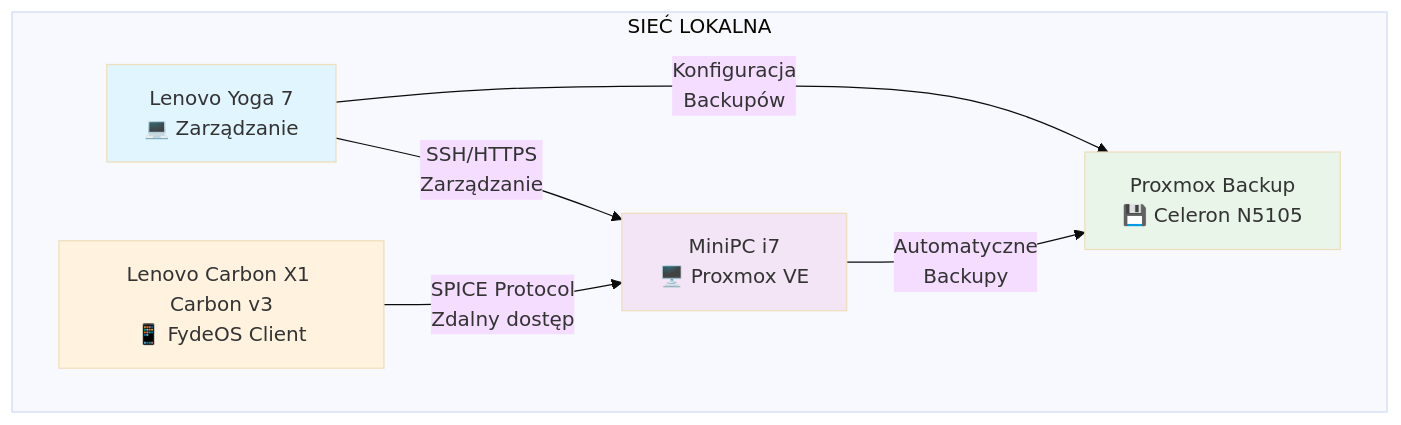
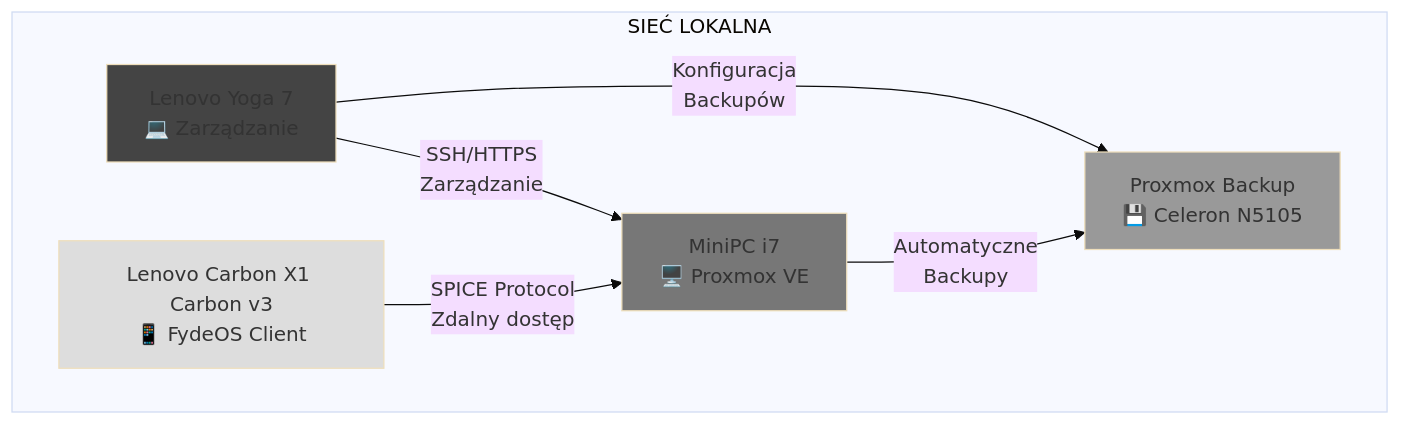
Before and after one commit to tom-sapletta-com/proxmox: the first of 7 diagrams in README.md, drawn with Mermaid (base theme). The commit also changed other lines of this file, not shown here.

````diff
--- a/README.md
+++ b/README.md
@@ -19,19 +19,19 @@
 ```mermaid
 graph TB
     subgraph "SIEĆ LOKALNA"
         A[Lenovo Yoga 7<br/>💻 Zarządzanie] 
         B[MiniPC i7<br/>🖥️ Proxmox VE]
         C[Proxmox Backup<br/>💾 Celeron N5105]
         D[Lenovo Carbon X1 Carbon v3<br/>📱 FydeOS Client]
     end
     
     A -->|SSH/HTTPS<br/>Zarządzanie| B
     A -->|Konfiguracja<br/>Backupów| C
     B -->|Automatyczne<br/>Backupy| C
     D -->|SPICE Protocol<br/>Zdalny dostęp| B
     
-    style A fill:#e1f5fe
-    style B fill:#f3e5f5
-    style C fill:#e8f5e8
-    style D fill:#fff3e0
+    style A fill:#444444
+    style B fill:#777777
+    style C fill:#999999
+    style D fill:#dddddd
 ```
````
